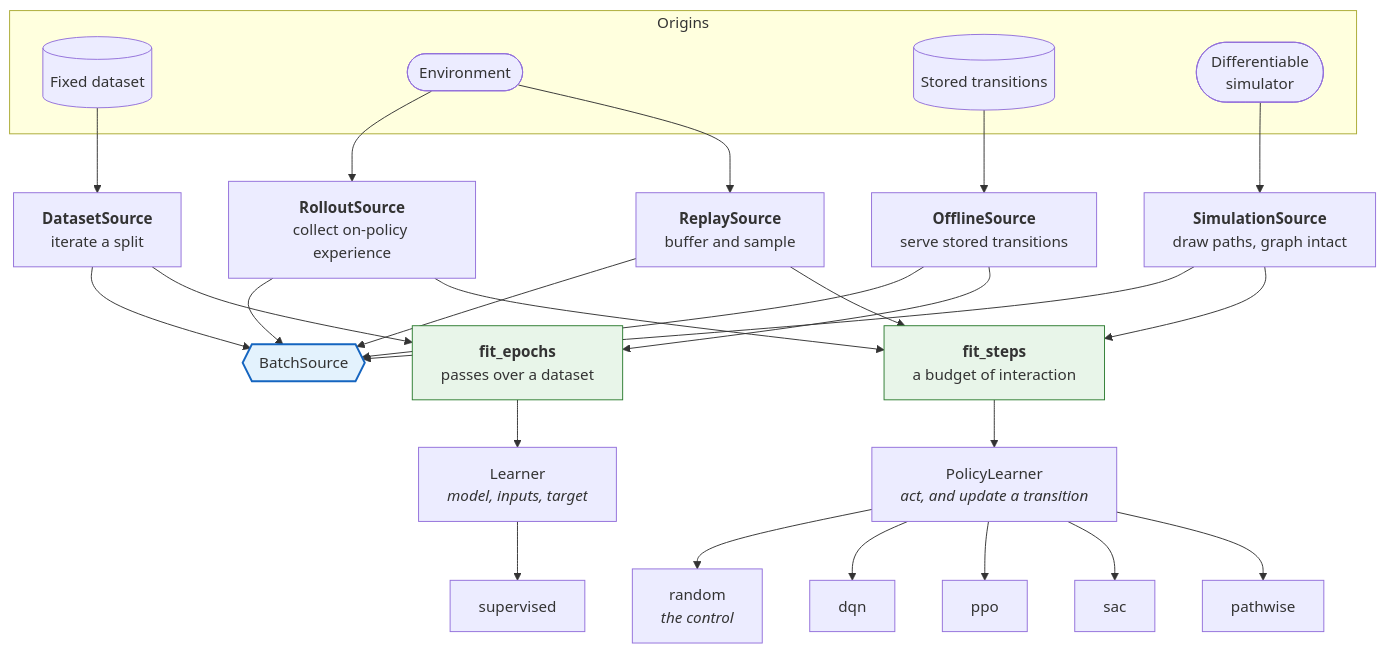
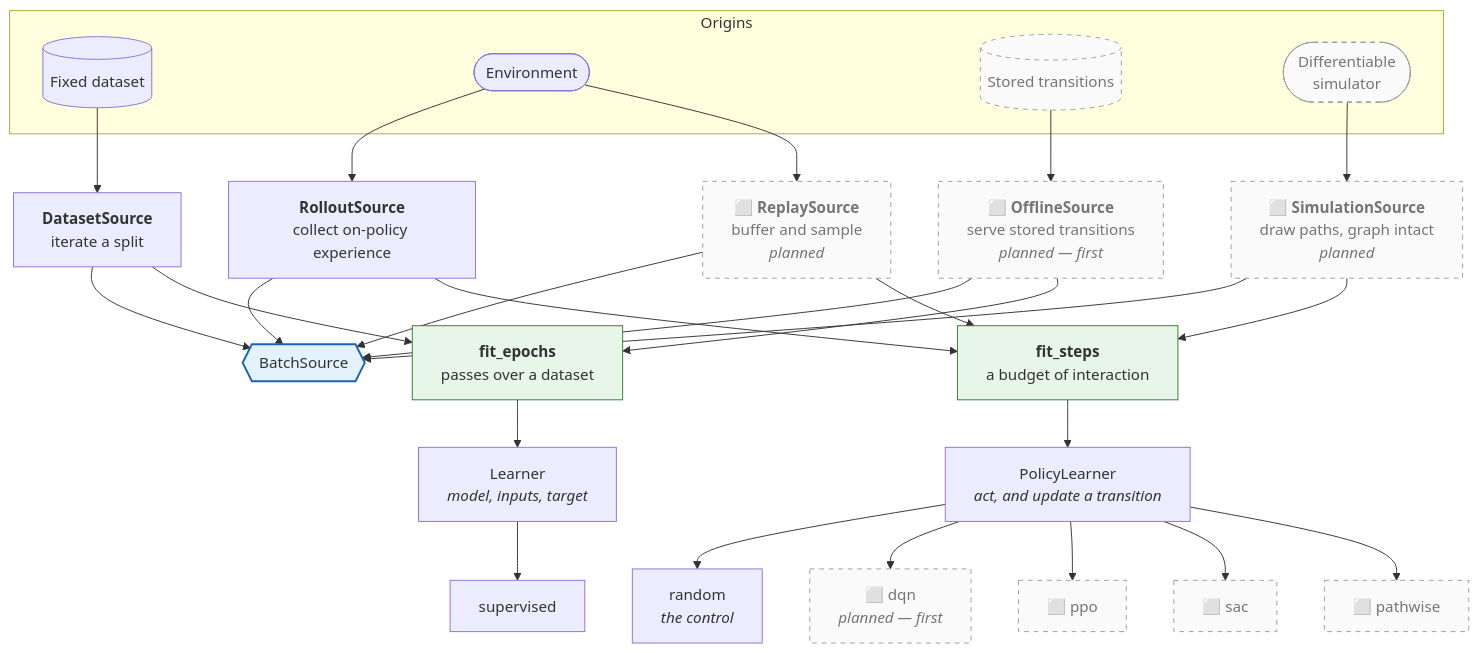
Diagram 11 of 18 in src/rade_qnet/docs/ARCHITECTURE.md (JStevens95/QuantStrata), drawn with Mermaid before and after one commit. The commit also changed other lines of this file and 2 other files, not shown here.

First line of the commit message:
Bring ARCHITECTURE.md up to date, and mark what is planned

````diff
--- a/src/rade_qnet/docs/ARCHITECTURE.md
+++ b/src/rade_qnet/docs/ARCHITECTURE.md
@@ -468,47 +544,49 @@
 ```mermaid
 flowchart TD
     subgraph ORIGINS["Origins"]
         D[("Fixed dataset")]
         E(["Environment"])
         R[("Stored transitions")]
         SIM(["Differentiable<br/>simulator"])
     end
 
     DS["<b>DatasetSource</b><br/>iterate a split"]
     RO["<b>RolloutSource</b><br/>collect on-policy experience"]
-    RP["<b>ReplaySource</b><br/>buffer and sample"]
-    OF["<b>OfflineSource</b><br/>serve stored transitions"]
-    SS["<b>SimulationSource</b><br/>draw paths, graph intact"]
+    RP["<b>⬜ ReplaySource</b><br/>buffer and sample<br/><i>planned</i>"]
+    OF["<b>⬜ OfflineSource</b><br/>serve stored transitions<br/><i>planned — first</i>"]
+    SS["<b>⬜ SimulationSource</b><br/>draw paths, graph intact<br/><i>planned</i>"]
 
     D --> DS
     E --> RO
     E --> RP
     R --> OF
     SIM --> SS
 
     DS --> BS{{"BatchSource"}}
     RO --> BS
     RP --> BS
     OF --> BS
     SS --> BS
 
     DS --> EP["<b>fit_epochs</b><br/>passes over a dataset"]
     RO --> ST["<b>fit_steps</b><br/>a budget of interaction"]
     RP --> ST
     OF --> EP
     SS --> ST
 
     EP --> LEARNER["Learner<br/><i>model, inputs, target</i>"]
     ST --> PLEARNER["PolicyLearner<br/><i>act, and update a transition</i>"]
 
     LEARNER --> L1["supervised"]
     PLEARNER --> L0["random<br/><i>the control</i>"]
-    PLEARNER --> L2["dqn"]
-    PLEARNER --> L3["ppo"]
-    PLEARNER --> L4["sac"]
-    PLEARNER --> L5["pathwise"]
+    PLEARNER --> L2["⬜ dqn<br/><i>planned — first</i>"]
+    PLEARNER --> L3["⬜ ppo"]
+    PLEARNER --> L4["⬜ sac"]
+    PLEARNER --> L5["⬜ pathwise"]
 
     style BS fill:#e3f2fd,stroke:#1565c0,stroke-width:2px
     style EP fill:#e8f5e9,stroke:#2e7d32
     style ST fill:#e8f5e9,stroke:#2e7d32
+    classDef planned fill:#fafafa,stroke:#9e9e9e,stroke-dasharray: 5 5,color:#757575
+    class RP,OF,SS,R,SIM,L2,L3,L4,L5 planned
 ```
````
